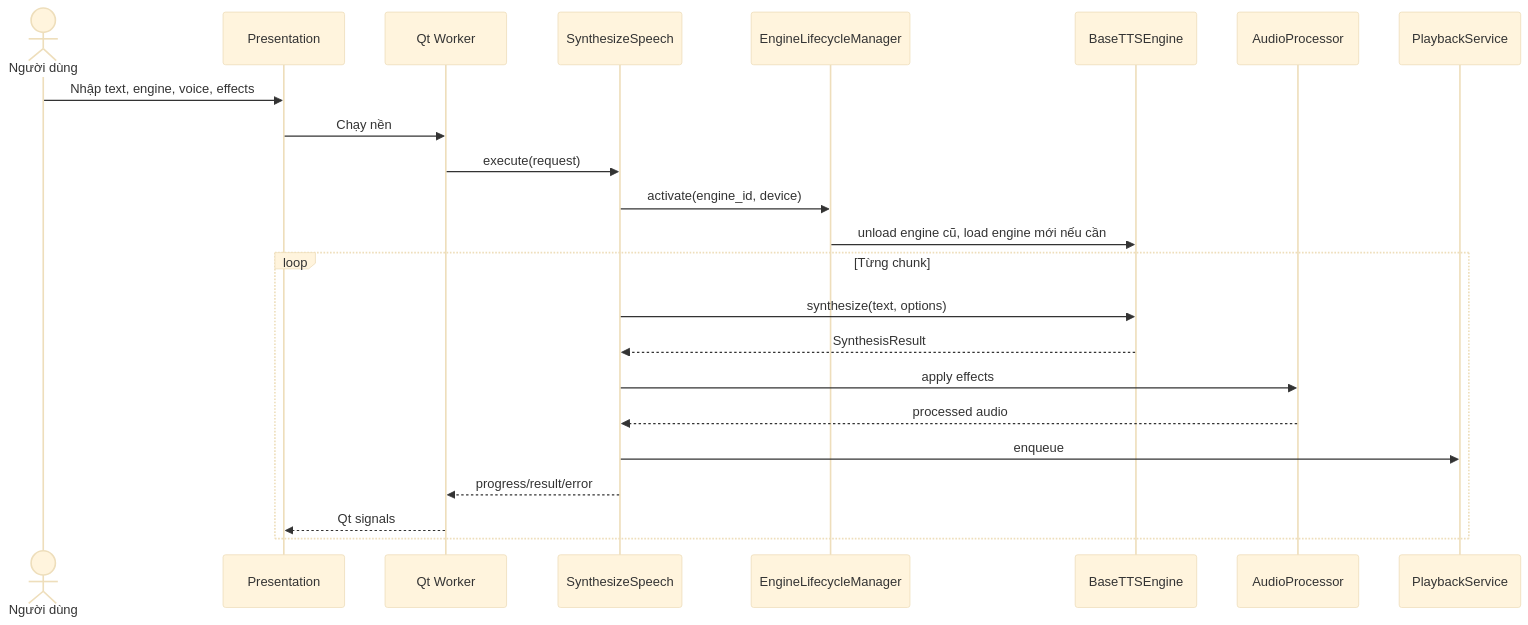
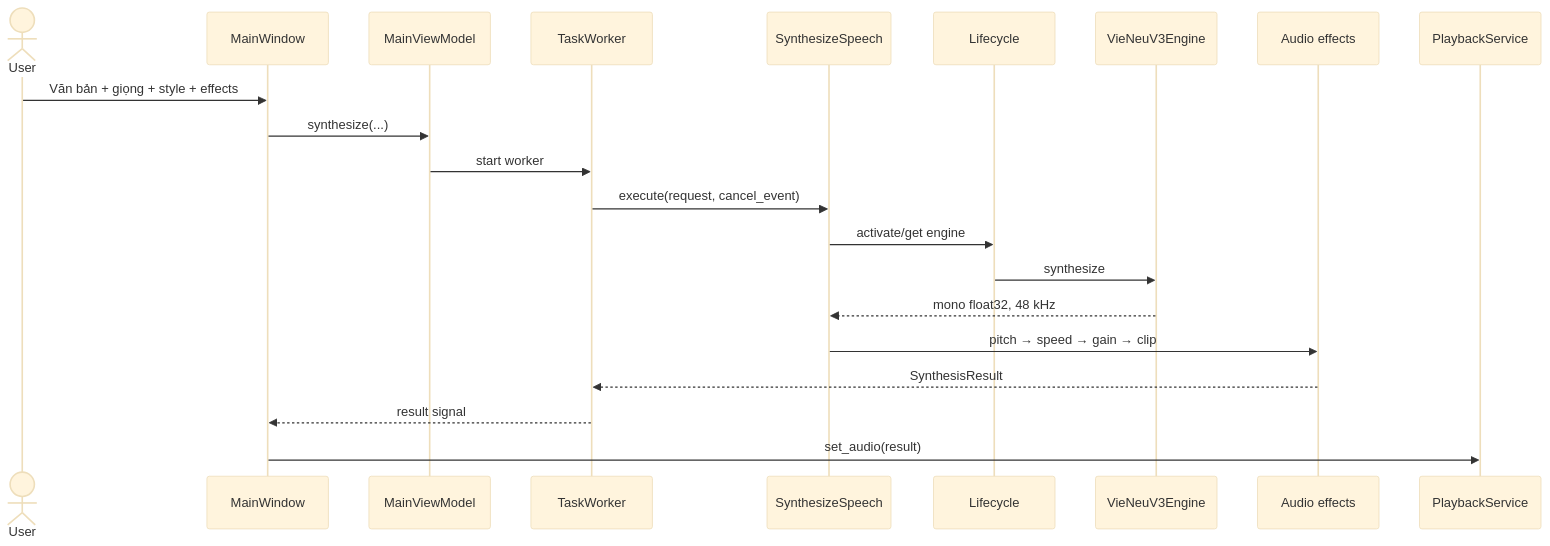
One commit to tuwns05/TTS changed the second of 3 diagrams in docs/ARCHITECTURE.md. Above: the diagram before and after it, drawn with Mermaid (base theme). The commit also changed other lines of this file and 5 other files, not shown here.

````diff
--- a/docs/ARCHITECTURE.md
+++ b/docs/ARCHITECTURE.md
@@ -162,26 +112,24 @@
 ```mermaid
 sequenceDiagram
-    actor U as Người dùng
-    participant UI as Presentation
-    participant W as Qt Worker
+    actor User
+    participant UI as MainWindow
+    participant VM as MainViewModel
+    participant W as TaskWorker
     participant UC as SynthesizeSpeech
-    participant L as EngineLifecycleManager
-    participant E as BaseTTSEngine
-    participant DSP as AudioProcessor
-    participant P as PlaybackService
+    participant LM as Lifecycle
+    participant E as VieNeuV3Engine
+    participant DSP as Audio effects
+    participant PB as PlaybackService
 
-    U->>UI: Nhập text, engine, voice, effects
-    UI->>W: Chạy nền
-    W->>UC: execute(request)
-    UC->>L: activate(engine_id, device)
-    L->>E: unload engine cũ, load engine mới nếu cần
-    loop Từng chunk
-        UC->>E: synthesize(text, options)
-        E-->>UC: SynthesisResult
-        UC->>DSP: apply effects
-        DSP-->>UC: processed audio
-        UC->>P: enqueue
-        UC-->>W: progress/result/error
-        W-->>UI: Qt signals
-    end
+    User->>UI: Văn bản + giọng + style + effects
+    UI->>VM: synthesize(...)
+    VM->>W: start worker
+    W->>UC: execute(request, cancel_event)
+    UC->>LM: activate/get engine
+    LM->>E: synthesize
+    E-->>UC: mono float32, 48 kHz
+    UC->>DSP: pitch → speed → gain → clip
+    DSP-->>W: SynthesisResult
+    W-->>UI: result signal
+    UI->>PB: set_audio(result)
 ```
````
